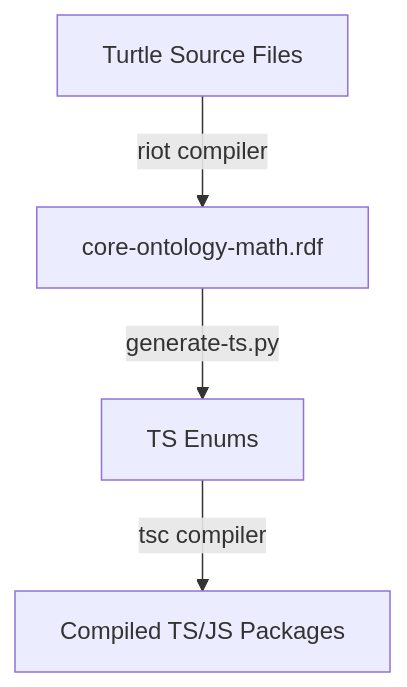
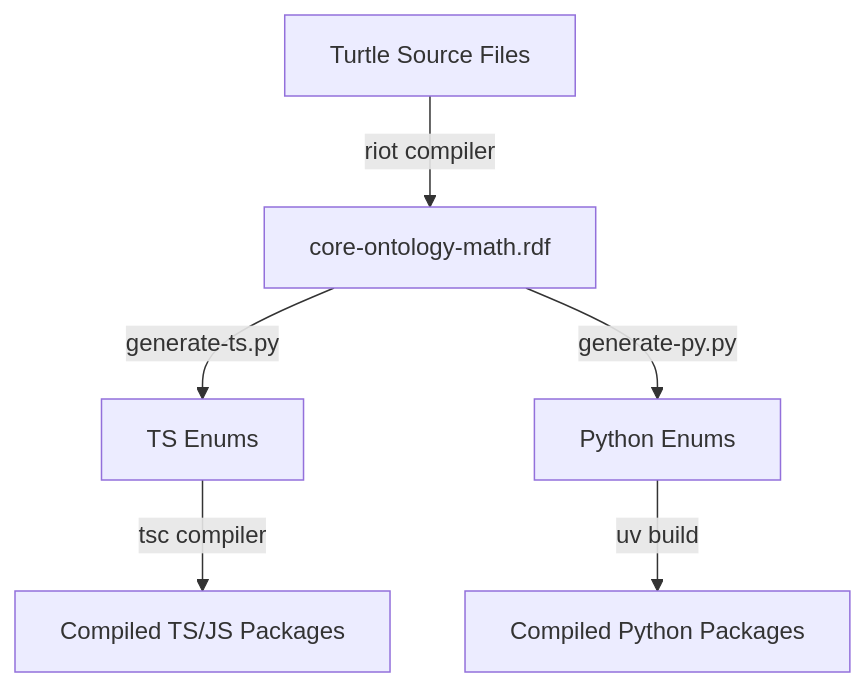
Before and after one commit to christian-bick/edugraph-ontology: the diagram in DOCS.md, drawn with Mermaid. The commit also changed other lines of this file and 5 other files, not shown here.

Commit message:
Add python library with enums

````diff
--- a/DOCS.md
+++ b/DOCS.md
@@ -41,6 +43,8 @@
 ```mermaid
 graph TD
     TTL[Turtle Source Files] -->|riot compiler| RDF[core-ontology-math.rdf]
     RDF -->|generate-ts.py| TS[TS Enums]
     TS -->|tsc compiler| JS[Compiled TS/JS Packages]
+    RDF -->|generate-py.py| PY[Python Enums]
+    PY -->|uv build| WHL[Compiled Python Packages]
 ```
````
